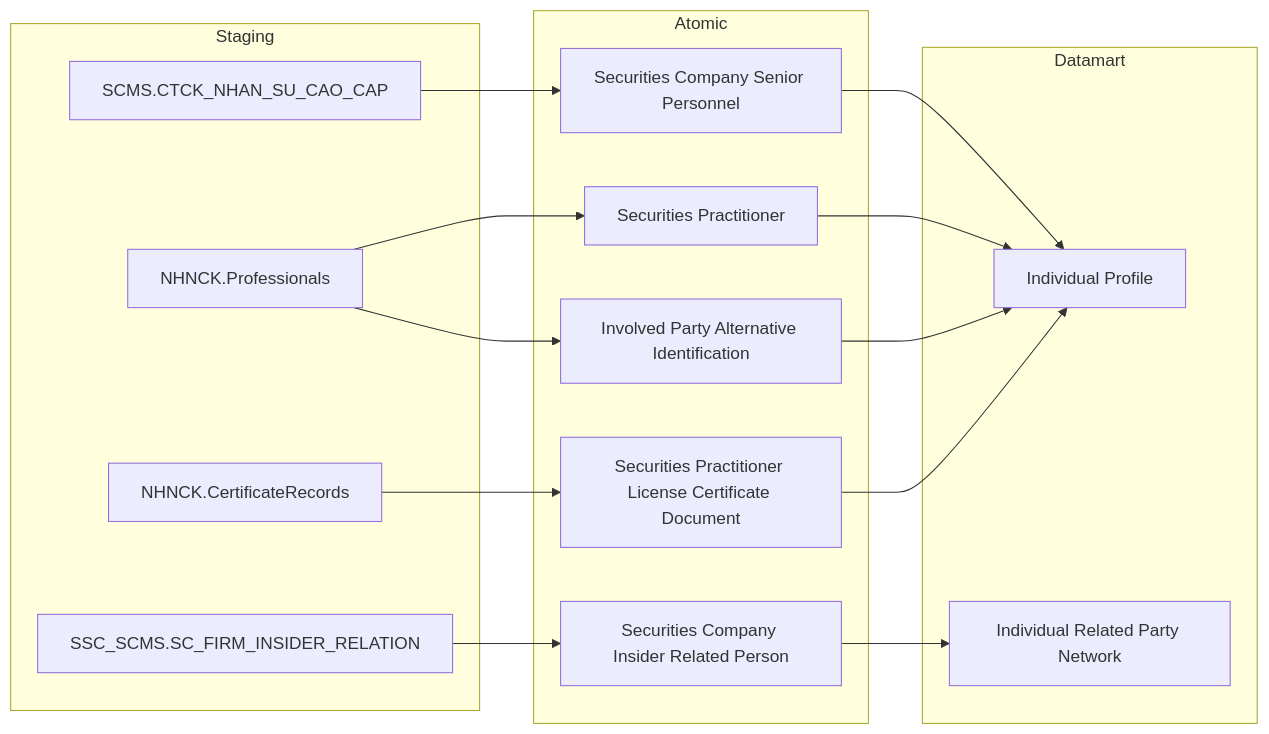
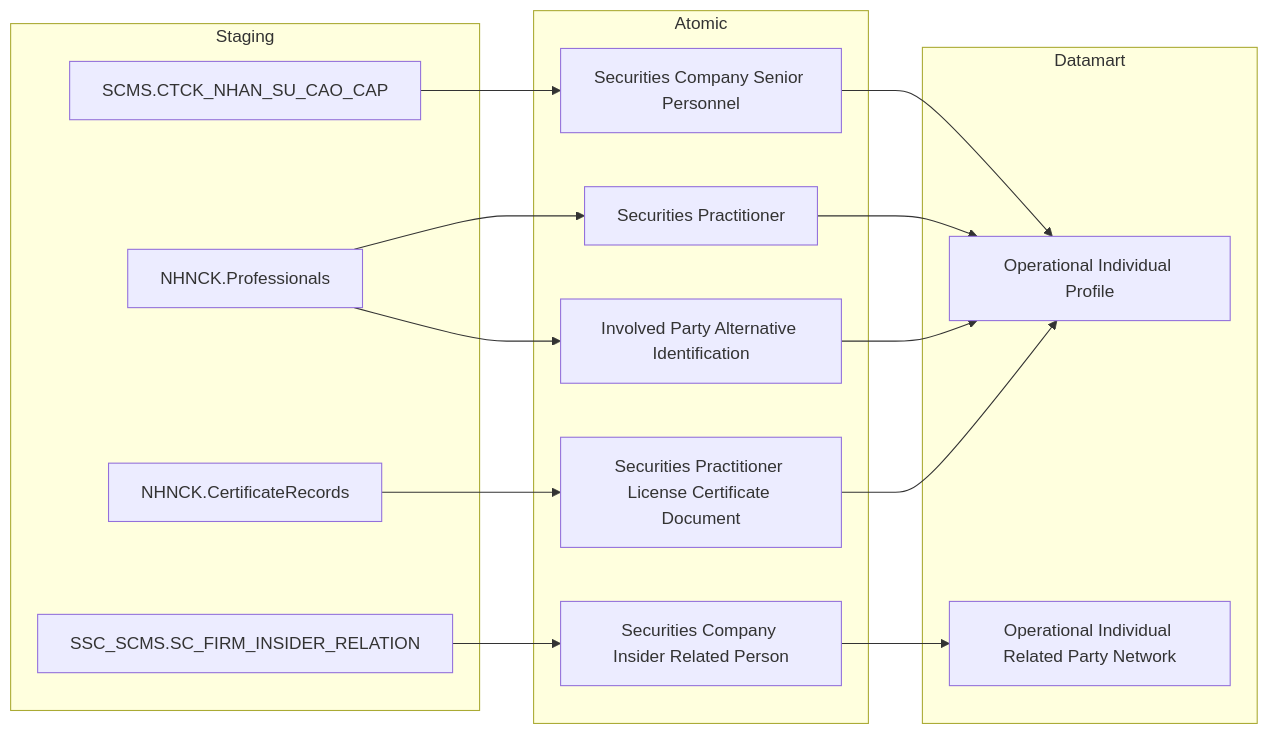
Diagram 15 of 32 in Datamart/hld/DTM_QLKD_HLD.md (linhlvit/ubck_atomic_design), drawn with Mermaid before and after one commit. The commit also changed other lines of this file and 62 other files, not shown here.

````diff
--- a/Datamart/hld/DTM_QLKD_HLD.md
+++ b/Datamart/hld/DTM_QLKD_HLD.md
@@ -582,34 +585,34 @@
 ```mermaid
 flowchart LR
     subgraph SRC["Staging"]
         S1["SCMS.CTCK_NHAN_SU_CAO_CAP"]
         S3["NHNCK.Professionals"]
         S5["NHNCK.CertificateRecords"]
         S6["SSC_SCMS.SC_FIRM_INSIDER_RELATION"]
     end
 
     subgraph SIL["Atomic"]
         SV1["Securities Company Senior Personnel"]
         SV3["Securities Practitioner"]
         SV5["Involved Party Alternative Identification"]
         SV6["Securities Practitioner License Certificate Document"]
         SV7["Securities Company Insider Related Person"]
     end
 
     subgraph Datamart["Datamart"]
-        G1["Individual Profile"]
-        G2["Individual Related Party Network"]
+        G1["Operational Individual Profile"]
+        G2["Operational Individual Related Party Network"]
     end
 
     S1 --> SV1
     S3 --> SV3
     S3 --> SV5
     S5 --> SV6
     S6 --> SV7
 
     SV1 --> G1
     SV3 --> G1
     SV5 --> G1
     SV6 --> G1
     SV7 --> G2
 ```
````
